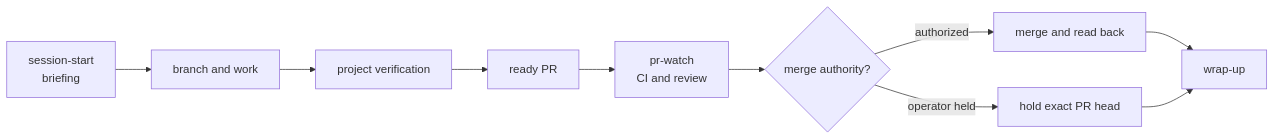
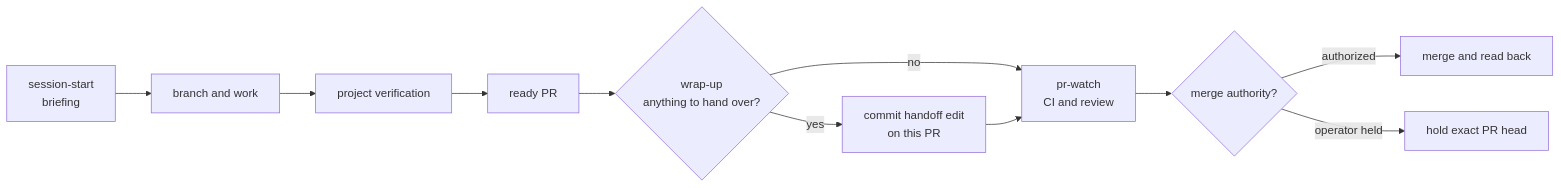
The diagram in docs/developer-guide.md (topij/agentic-dev-kit), drawn with Mermaid before and after one commit. The commit also changed other lines of this file and 23 other files, not shown here.

First line of the commit message:
wrap-up: commit only what nothing else records, on the session's own PR (#1196)

````diff
--- a/docs/developer-guide.md
+++ b/docs/developer-guide.md
@@ -54,12 +58,13 @@
 ```mermaid
 flowchart LR
     Brief["session-start<br/>briefing"] --> Branch["branch and work"]
     Branch --> Verify["project verification"]
     Verify --> PR["ready PR"]
-    PR --> Watch["pr-watch<br/>CI and review"]
+    PR --> Wrap{"wrap-up<br/>anything to hand over?"}
+    Wrap -->|yes| Record["commit handoff edit<br/>on this PR"]
+    Wrap -->|no| Watch
+    Record --> Watch["pr-watch<br/>CI and review"]
     Watch --> Authority{"merge authority?"}
     Authority -->|authorized| Merge["merge and read back"]
-    Authority -->|operator held| Handoff["hold exact PR head"]
-    Merge --> Wrap["wrap-up"]
-    Handoff --> Wrap
+    Authority -->|operator held| Hold["hold exact PR head"]
 ```
````
